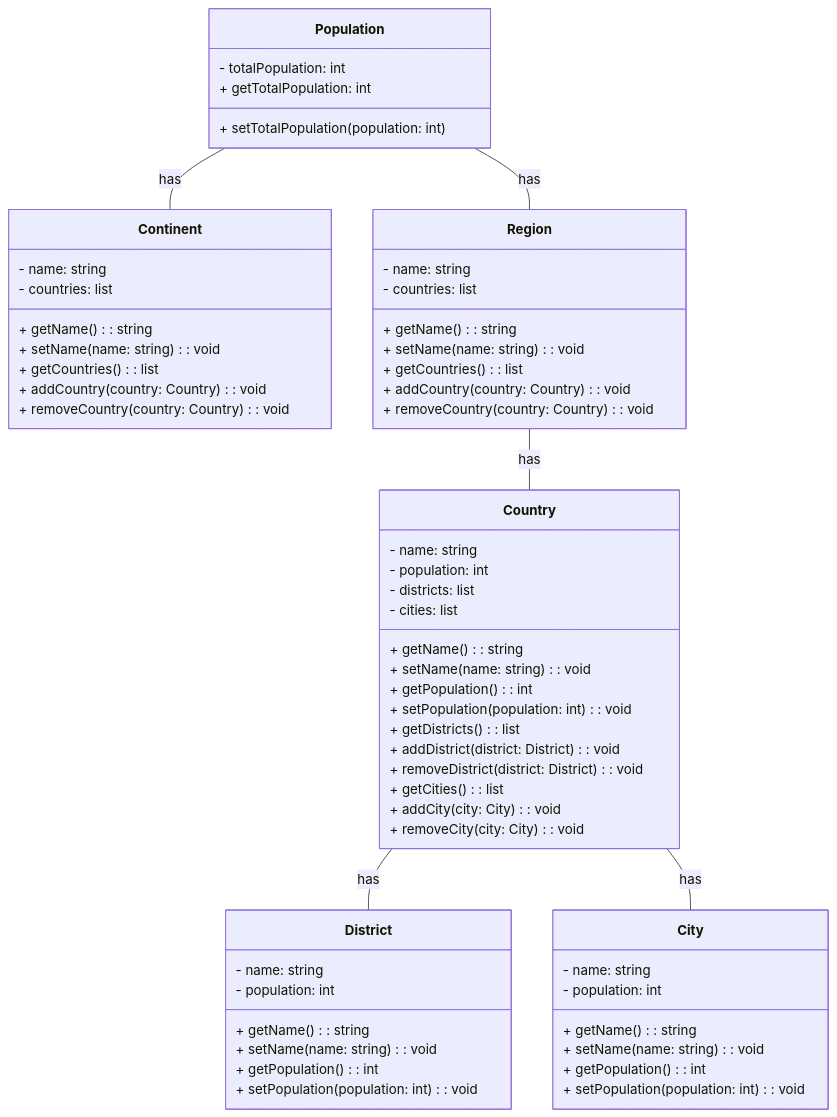
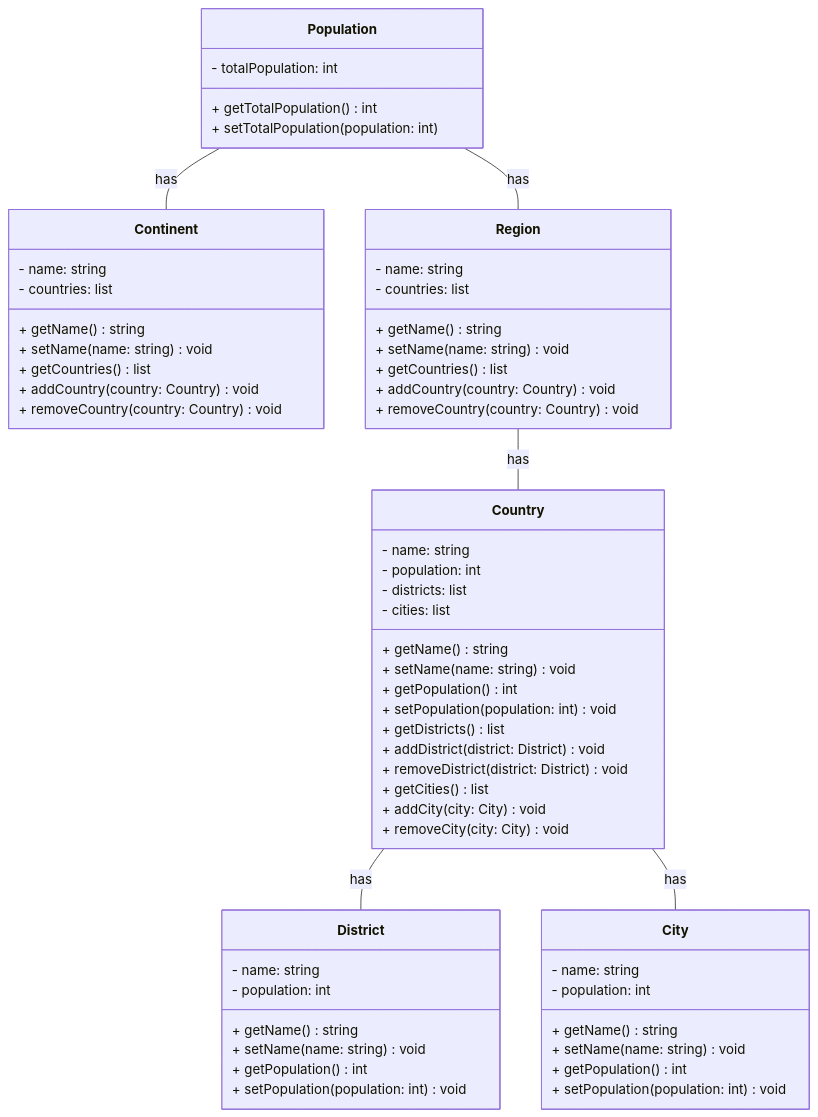
One commit to mfal13/SECoursework changed the diagram in Documentation/ClassDiagram.md. Above: the diagram before and after it, drawn with Mermaid.

````diff
--- a/Documentation/ClassDiagram.md
+++ b/Documentation/ClassDiagram.md
@@ -1,65 +1,65 @@
 ```mermaid
 classDiagram
     class Population {
         - totalPopulation: int
-        + getTotalPopulation: int
+        + getTotalPopulation()int
         + setTotalPopulation(population: int)
     }
     class Continent {
         - name: string
         - countries: list<Country>
-        + getName(): string
-        + setName(name: string): void
-        + getCountries(): list<Country>
-        + addCountry(country: Country): void
-        + removeCountry(country: Country): void
+        + getName() string
+        + setName(name: string) void
+        + getCountries() list<Country>
+        + addCountry(country: Country) void
+        + removeCountry(country: Country) void
     }
     class Region {
         - name: string
         - countries: list<Country>
-        + getName(): string
-        + setName(name: string): void
-        + getCountries(): list<Country>
-        + addCountry(country: Country): void
-        + removeCountry(country: Country): void
+        + getName() string
+        + setName(name: string) void
+        + getCountries() list<Country>
+        + addCountry(country: Country) void
+        + removeCountry(country: Country) void
     }
     class Country {
         - name: string
         - population: int
         - districts: list<District>
         - cities: list<City>
-        + getName(): string
-        + setName(name: string): void
-        + getPopulation(): int
-        + setPopulation(population: int): void
-        + getDistricts(): list<District>
-        + addDistrict(district: District): void
-        + removeDistrict(district: District): void
-        + getCities(): list<City>
-        + addCity(city: City): void
-        + removeCity(city: City): void
+        + getName() string
+        + setName(name: string) void
+        + getPopulation() int
+        + setPopulation(population: int) void
+        + getDistricts() list<District>
+        + addDistrict(district: District) void
+        + removeDistrict(district: District) void
+        + getCities() list<City>
+        + addCity(city: City) void
+        + removeCity(city: City) void
     }
     class District {
         - name: string
         - population: int
-        + getName(): string
-        + setName(name: string): void
-        + getPopulation(): int
-        + setPopulation(population: int): void
+        + getName() string
+        + setName(name: string) void
+        + getPopulation() int
+        + setPopulation(population: int) void
     }
     class City {
         - name: string
         - population: int
-        + getName(): string
-        + setName(name: string): void
-        + getPopulation(): int
-        + setPopulation(population: int): void
+        + getName() string
+        + setName(name: string) void
+        + getPopulation() int
+        + setPopulation(population: int) void
     }
 
     Population -- Continent : has
     Population -- Region : has
     Region -- Country : has
     Country -- District : has
     Country -- City : has
 
 ```
````
